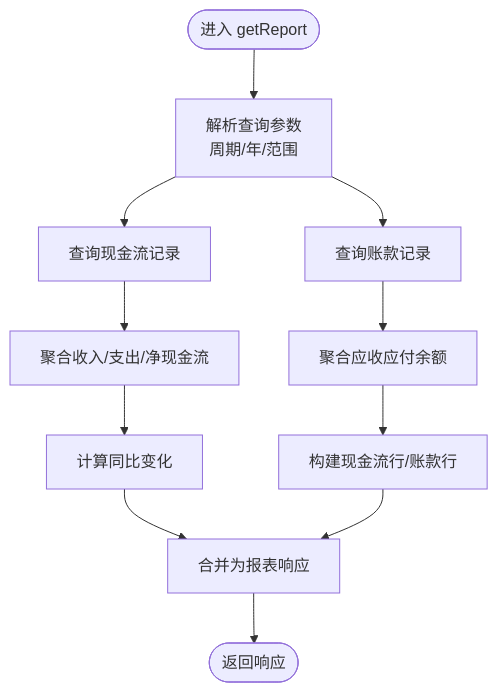
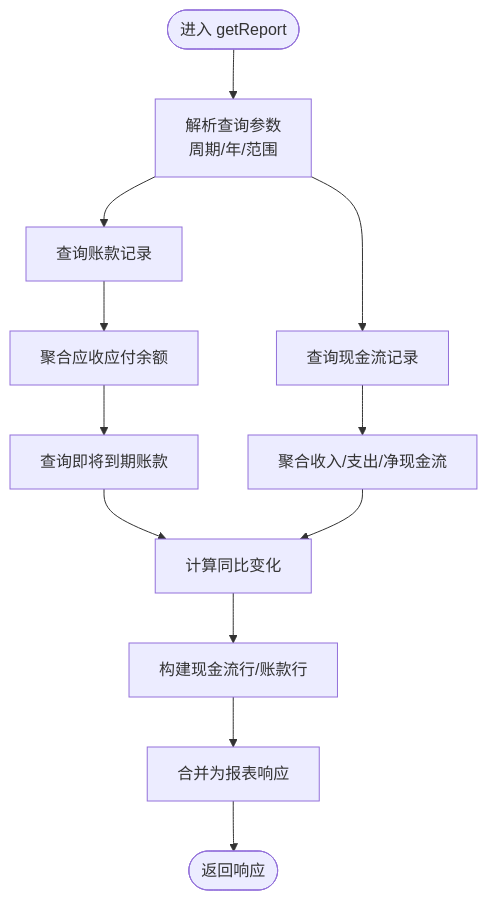
Before and after one commit to rc558620/purelyprofit-server: the third of 8 diagrams in .qoder/repowiki/zh/content/业务模块/财务管理模块/财务报表.md, drawn with Mermaid. The commit also changed other lines of this file and 65 other files, not shown here.

````diff
--- a/.qoder/repowiki/zh/content/业务模块/财务管理模块/财务报表.md
+++ b/.qoder/repowiki/zh/content/业务模块/财务管理模块/财务报表.md
@@ -188,13 +218,14 @@
 ```mermaid
 flowchart TD
 Start(["进入 getReport"]) --> Parse["解析查询参数<br/>周期/年/范围"]
 Parse --> FetchCF["查询现金流记录"]
 Parse --> FetchAcc["查询账款记录"]
 FetchCF --> Sum["聚合收入/支出/净现金流"]
 FetchAcc --> AccSum["聚合应收应付余额"]
-Sum --> Compare["计算同比变化"]
-AccSum --> BuildRows["构建现金流行/账款行"]
-Compare --> Merge["合并为报表响应"]
-BuildRows --> Merge
+AccSum --> Upcoming["查询即将到期账款"]
+Upcoming --> Compare["计算同比变化"]
+Sum --> Compare
+Compare --> BuildRows["构建现金流行/账款行"]
+BuildRows --> Merge["合并为报表响应"]
 Merge --> End(["返回响应"])
 ```
````
